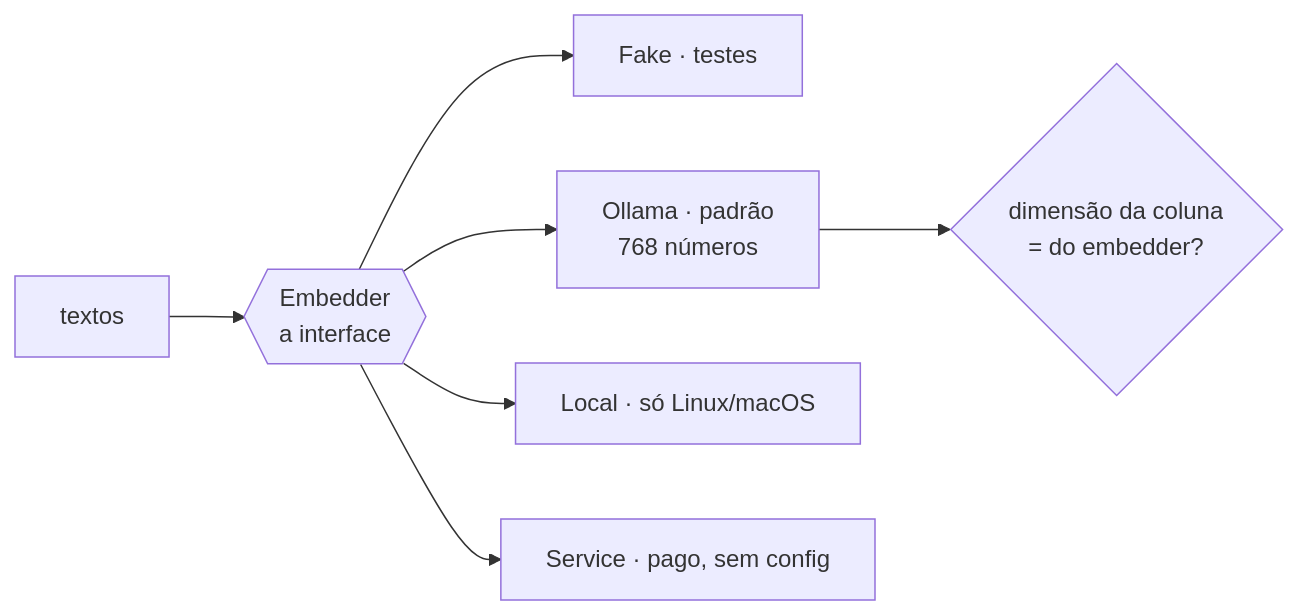
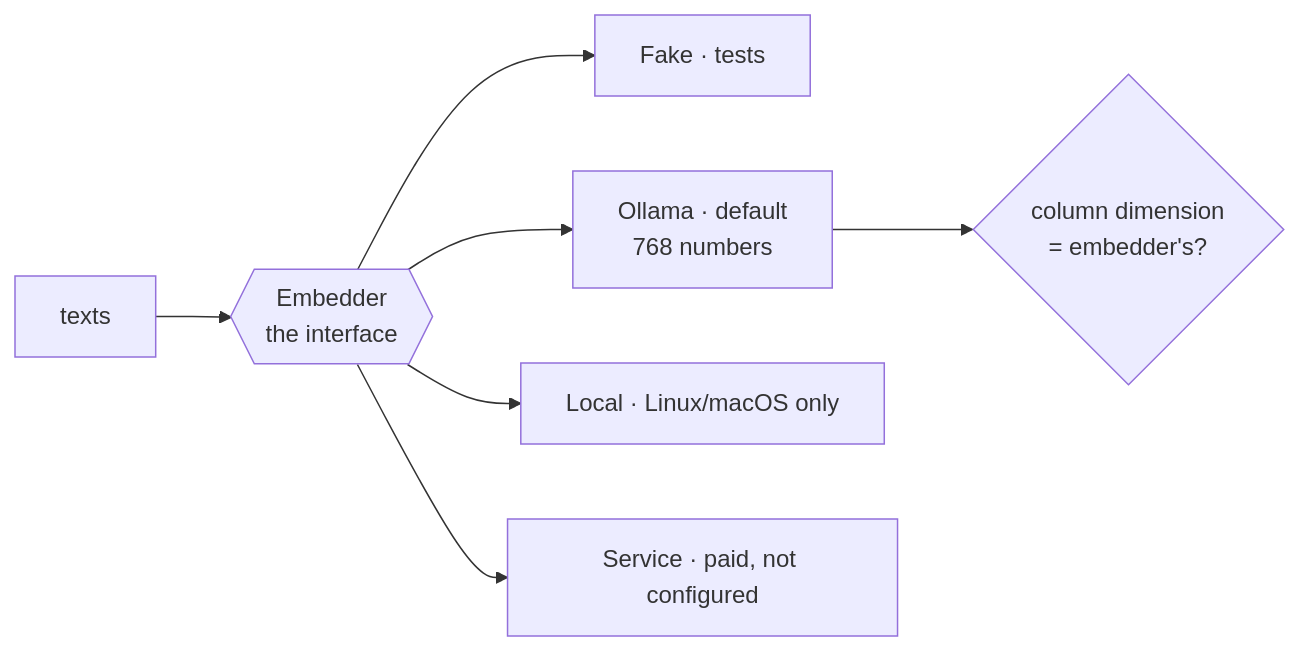
Before and after one commit to enzoconsulo/factory-tcc: the diagram in docs/tasks/en/E6-project-memory/FAB-601-measure-before-choosing-where-search-runs.md, drawn with Mermaid. The commit also changed 52 other files, not shown here.

````diff
--- a/docs/tasks/en/E6-project-memory/FAB-601-measure-before-choosing-where-search-runs.md
+++ b/docs/tasks/en/E6-project-memory/FAB-601-measure-before-choosing-where-search-runs.md
@@ -11,9 +11,9 @@
 ```mermaid
 flowchart LR
-  T["textos"] --> I{{"Embedder<br/>a interface"}}
-  I --> F["Fake · testes"]
-  I --> O["Ollama · padrão<br/>768 números"]
-  I --> L["Local · só Linux/macOS"]
-  I --> S["Service · pago, sem config"]
-  O --> D{"dimensão da coluna<br/>= do embedder?"}
+  T["texts"] --> I{{"Embedder<br/>the interface"}}
+  I --> F["Fake · tests"]
+  I --> O["Ollama · default<br/>768 numbers"]
+  I --> L["Local · Linux/macOS only"]
+  I --> S["Service · paid, not configured"]
+  O --> D{"column dimension<br/>= embedder's?"}
 ```
````
